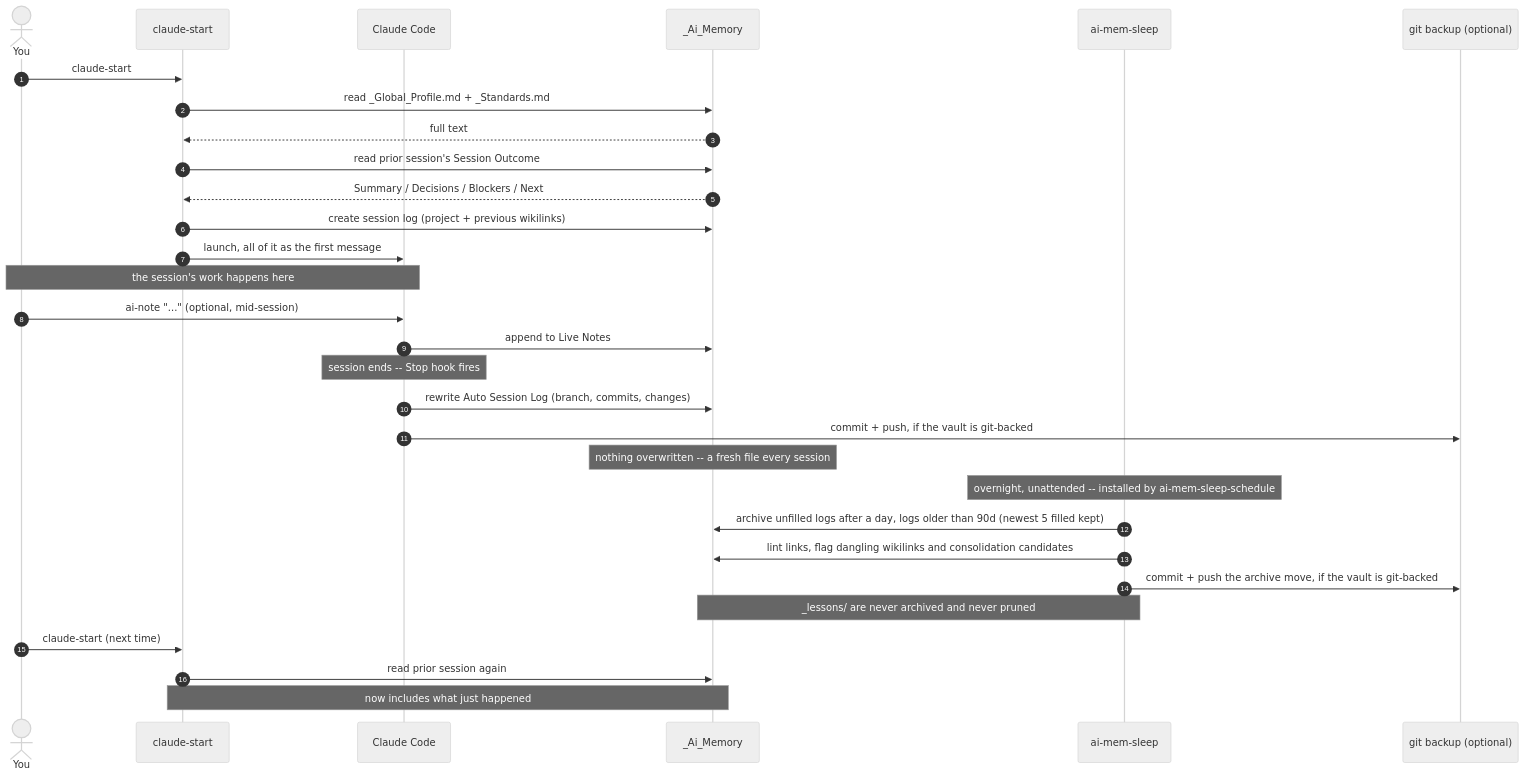
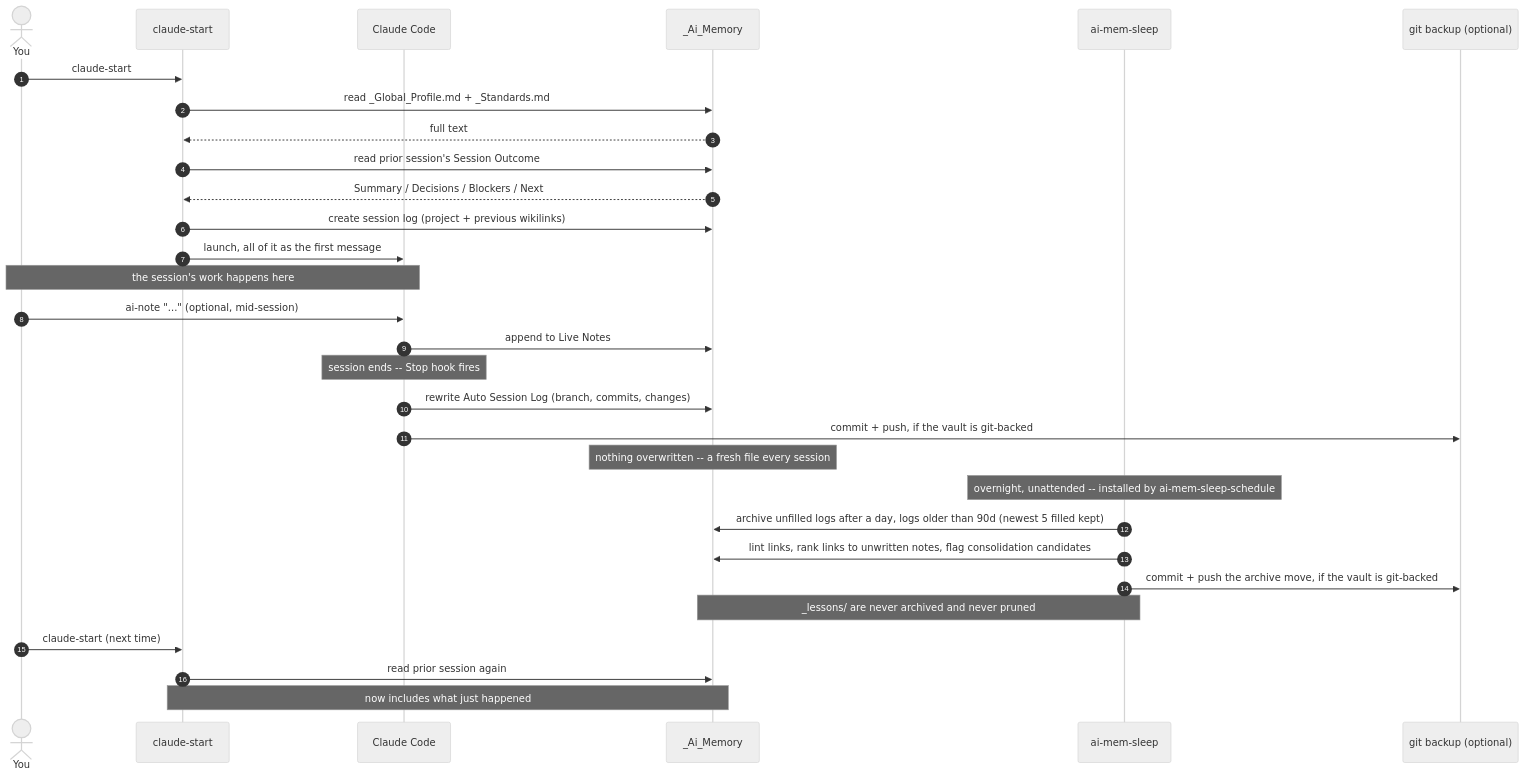
Before and after one commit to rambaarde/create-ai-memory: the first of 2 diagrams in README.md, drawn with Mermaid (neutral theme). The commit also changed other lines of this file and 2 other files, not shown here.

First line of the commit message:
fix(lint): rank links to unwritten notes instead of listing them as errors

````diff
--- a/README.md
+++ b/README.md
@@ -72,33 +72,33 @@
 ```mermaid
 sequenceDiagram
     autonumber
     actor You
     participant Shell as claude-start
     participant Agent as Claude Code
     participant Vault as _Ai_Memory
     participant Sleep as ai-mem-sleep
     participant Backup as git backup (optional)
 
     You->>Shell: claude-start
     Shell->>Vault: read _Global_Profile.md + _Standards.md
     Vault-->>Shell: full text
     Shell->>Vault: read prior session's Session Outcome
     Vault-->>Shell: Summary / Decisions / Blockers / Next
     Shell->>Vault: create session log (project + previous wikilinks)
     Shell->>Agent: launch, all of it as the first message
     Note over You,Agent: the session's work happens here
     You->>Agent: ai-note "..." (optional, mid-session)
     Agent->>Vault: append to Live Notes
     Note over Agent: session ends -- Stop hook fires
     Agent->>Vault: rewrite Auto Session Log (branch, commits, changes)
     Agent->>Backup: commit + push, if the vault is git-backed
     Note over Vault: nothing overwritten -- a fresh file every session
     Note over Sleep: overnight, unattended -- installed by ai-mem-sleep-schedule
     Sleep->>Vault: archive unfilled logs after a day, logs older than 90d (newest 5 filled kept)
-    Sleep->>Vault: lint links, flag dangling wikilinks and consolidation candidates
+    Sleep->>Vault: lint links, rank links to unwritten notes, flag consolidation candidates
     Sleep->>Backup: commit + push the archive move, if the vault is git-backed
     Note over Vault,Sleep: _lessons/ are never archived and never pruned
     You->>Shell: claude-start (next time)
     Shell->>Vault: read prior session again
     Note over Shell,Vault: now includes what just happened
 ```
````
